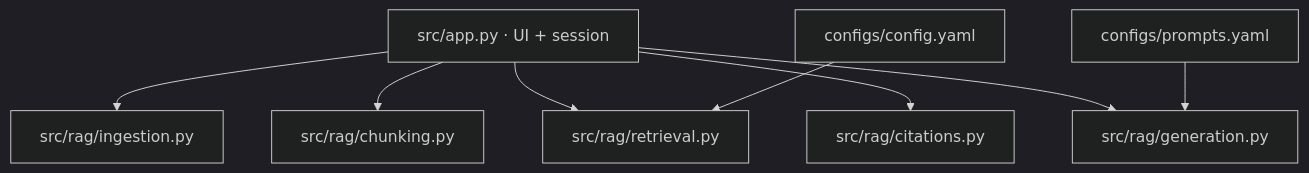
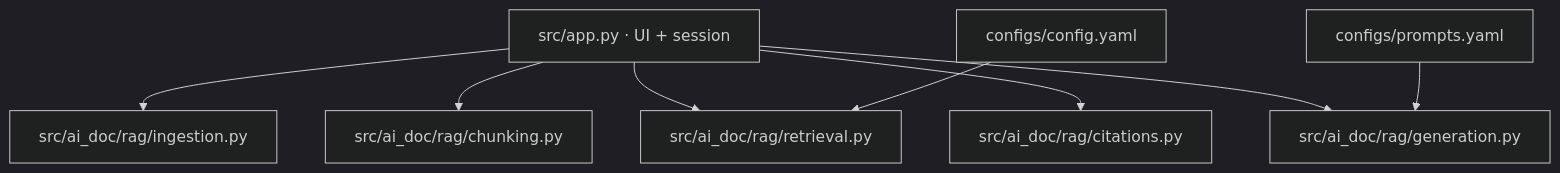
Before and after one commit to RoxanaTapia/ai-doc-to-chat-pipeline: the third of 3 diagrams in docs/README.md, drawn with Mermaid (dark theme). The commit also changed other lines of this file and 36 other files, not shown here.

````diff
--- a/docs/README.md
+++ b/docs/README.md
@@ -83,19 +83,19 @@
 ```mermaid
 flowchart TB
   App["src/app.py · UI + session"]
-  Ingest["src/rag/ingestion.py"]
-  Chunk["src/rag/chunking.py"]
-  Retrieve["src/rag/retrieval.py"]
-  Cite["src/rag/citations.py"]
-  Gen["src/rag/generation.py"]
+  Ingest["src/ai_doc/rag/ingestion.py"]
+  Chunk["src/ai_doc/rag/chunking.py"]
+  Retrieve["src/ai_doc/rag/retrieval.py"]
+  Cite["src/ai_doc/rag/citations.py"]
+  Gen["src/ai_doc/rag/generation.py"]
   Cfg["configs/config.yaml"]
   Prompts["configs/prompts.yaml"]
 
   App --> Ingest
   App --> Chunk
   App --> Retrieve
   App --> Cite
   App --> Gen
   Cfg --> Retrieve
   Prompts --> Gen
 ```
````
